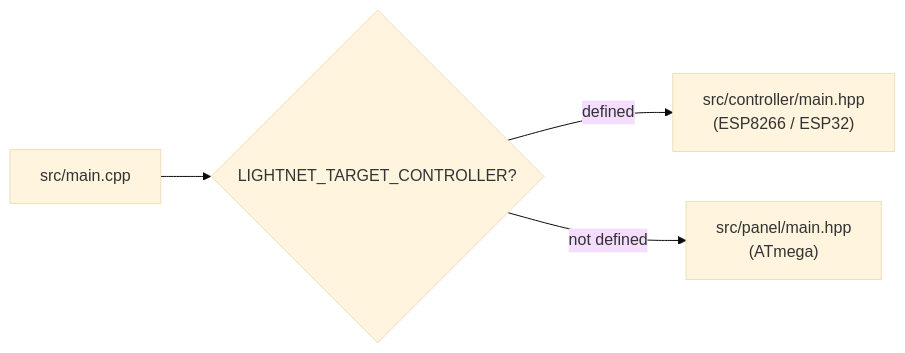
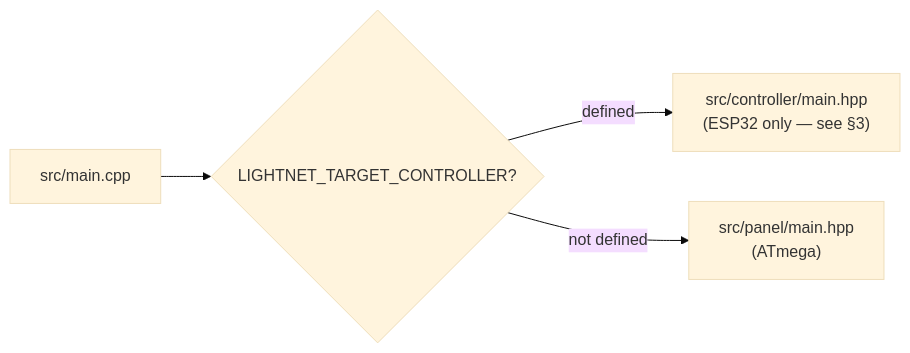
The second of 5 diagrams in docs/architecture.md (przemczan/lightnet-firmware), drawn with Mermaid (base theme) before and after one commit. The commit also changed other lines of this file and 111 other files, not shown here.

````diff
--- a/docs/architecture.md
+++ b/docs/architecture.md
@@ -46,6 +55,6 @@
 ```mermaid
 graph LR
   M["src/main.cpp"] --> CC{"LIGHTNET_TARGET_CONTROLLER?"}
-  CC -- defined --> ESP["src/controller/main.hpp\n(ESP8266 / ESP32)"]
+  CC -- defined --> ESP["src/controller/main.hpp\n(ESP32 only — see §3)"]
   CC -- not defined --> ATM["src/panel/main.hpp\n(ATmega)"]
 ```
````
